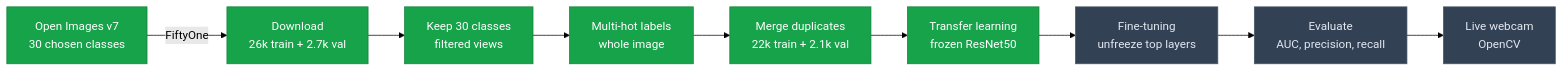
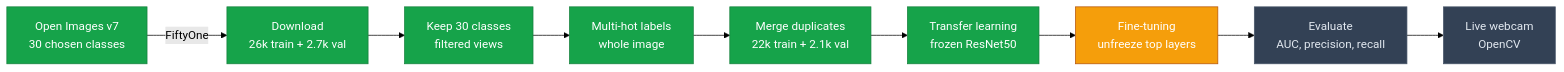
The diagram in README.md (python-is-life2022/image-classification-resnet-finetuning), drawn with Mermaid (forest theme) before and after one commit. The commit also changed other lines of this file, not shown here.

````diff
--- a/README.md
+++ b/README.md
@@ -37,17 +37,18 @@
 ```mermaid
 flowchart LR
     A["Open Images v7<br/>30 chosen classes"] -->|FiftyOne| B["Download<br/>26k train + 2.7k val"]
     B --> C["Keep 30 classes<br/>filtered views"]
     C --> D["Multi-hot labels<br/>whole image"]
     D --> E["Merge duplicates<br/>22k train + 2.1k val"]
     E --> F["Transfer learning<br/>frozen ResNet50"]
     F --> G["Fine-tuning<br/>unfreeze top layers"]
     G --> H["Evaluate<br/>AUC, precision, recall"]
     H --> I["Live webcam<br/>OpenCV"]
 
     classDef done fill:#16a34a,stroke:#15803d,color:#fff;
     classDef wip fill:#f59e0b,stroke:#b45309,color:#fff;
     classDef todo fill:#334155,stroke:#475569,color:#e2e8f0;
     class A,B,C,D,E,F done;
-    class G,H,I todo;
+    class G wip;
+    class H,I todo;
 ```
````
